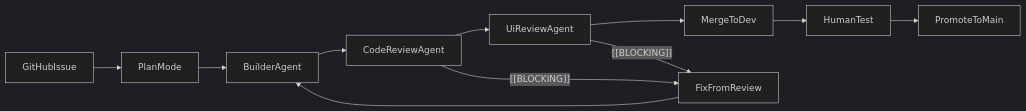
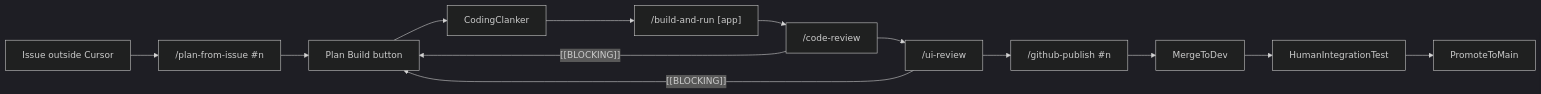
The diagram in docs/cursor-operating-model-architecture.md (devkfmn/playground), drawn with Mermaid (dark theme) before and after one commit. The commit also changed other lines of this file and 27 other files, not shown here.

````diff
--- a/docs/cursor-operating-model-architecture.md
+++ b/docs/cursor-operating-model-architecture.md
@@ -36,16 +45,16 @@
 ```mermaid
 flowchart LR
-  issue[GitHubIssue]
-  plan[PlanMode]
-  builder[BuilderAgent]
-  code[CodeReviewAgent]
-  ui[UiReviewAgent]
-  fix[FixFromReview]
-  dev[MergeToDev]
-  test[HumanTest]
-  main[PromoteToMain]
+  issue["Issue outside Cursor"] --> plan["/plan-from-issue #n"]
+  plan --> build["Plan Build button"]
+  build --> coding[CodingClanker]
+  coding --> run["/build-and-run [app]"]
+  run --> code["/code-review"]
+  code --> ui["/ui-review"]
+  ui --> publish["/github-publish #n"]
+  publish --> dev[MergeToDev]
+  dev --> integration[HumanIntegrationTest]
+  integration --> main[PromoteToMain]
 
-  issue --> plan --> builder --> code --> ui --> dev --> test --> main
-  code -->|"[[BLOCKING]]"| fix --> builder
-  ui -->|"[[BLOCKING]]"| fix
+  code -->|"[[BLOCKING]]"| build
+  ui -->|"[[BLOCKING]]"| build
 ```
````
